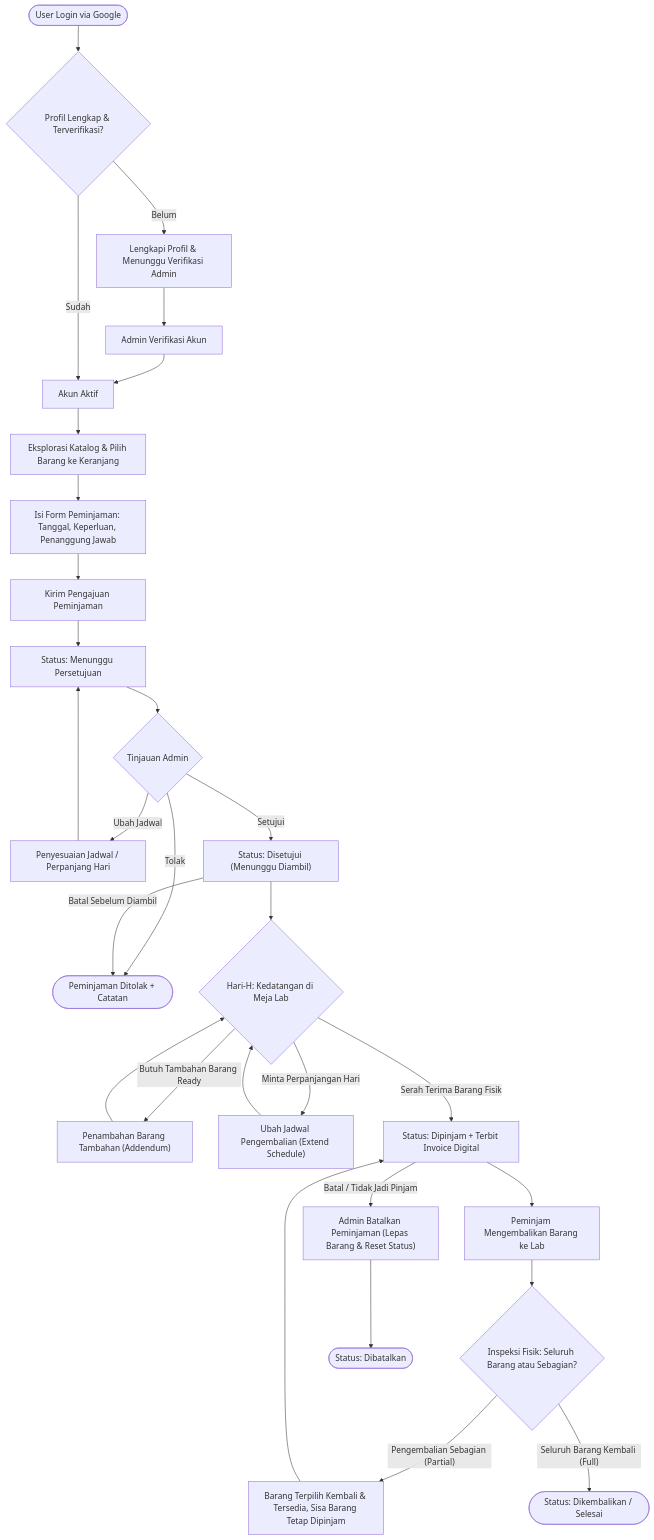
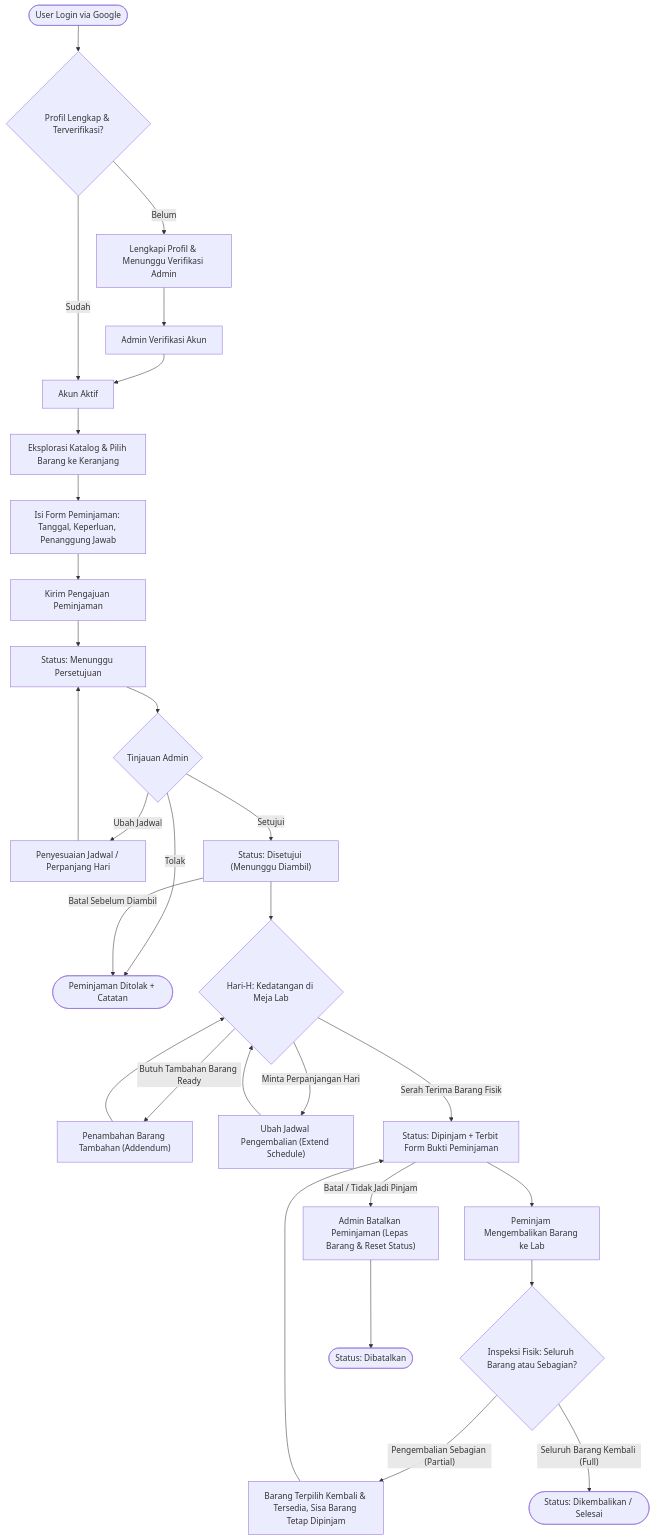
The diagram in README.md (luthafiyyan/PinjamIn), drawn with Mermaid before and after one commit. The commit also changed other lines of this file, not shown here.

Commit message:
docs: perbarui dokumentasi README dengan terminologi form bukti peminjaman dan nomor peminjaman

````diff
--- a/README.md
+++ b/README.md
@@ -113,36 +113,36 @@
 ```mermaid
 flowchart TD
     A([User Login via Google]) --> B{Profil Lengkap & Terverifikasi?}
     B -- Belum --> C["Lengkapi Profil & Menunggu Verifikasi Admin"]
     C --> D[Admin Verifikasi Akun]
     D --> E[Akun Aktif]
     B -- Sudah --> E
 
     E --> F["Eksplorasi Katalog & Pilih Barang ke Keranjang"]
     F --> G["Isi Form Peminjaman: Tanggal, Keperluan, Penanggung Jawab"]
     G --> H[Kirim Pengajuan Peminjaman]
     
     H --> I["Status: Menunggu Persetujuan"]
     I --> J{Tinjauan Admin}
     J -- Tolak --> K(["Peminjaman Ditolak + Catatan"])
     J -- Ubah Jadwal --> AdjPending["Penyesuaian Jadwal / Perpanjang Hari"]
     AdjPending --> I
     J -- Setujui --> L["Status: Disetujui (Menunggu Diambil)"]
 
     L --> M{"Hari-H: Kedatangan di Meja Lab"}
     M -- Butuh Tambahan Barang Ready --> Add["Penambahan Barang Tambahan (Addendum)"]
     M -- Minta Perpanjangan Hari --> Ext["Ubah Jadwal Pengembalian (Extend Schedule)"]
     Add --> M
     Ext --> M
-    M -- Serah Terima Barang Fisik --> N["Status: Dipinjam + Terbit Invoice Digital"]
+    M -- Serah Terima Barang Fisik --> N["Status: Dipinjam + Terbit Form Bukti Peminjaman"]
     L -- Batal Sebelum Diambil --> K
     
     N --> O["Peminjam Mengembalikan Barang ke Lab"]
     O --> P{"Inspeksi Fisik: Seluruh Barang atau Sebagian?"}
     P -- Pengembalian Sebagian (Partial) --> P1["Barang Terpilih Kembali & Tersedia, Sisa Barang Tetap Dipinjam"]
     P1 --> N
     P -- Seluruh Barang Kembali (Full) --> Q(["Status: Dikembalikan / Selesai"])
 
     N -- Batal / Tidak Jadi Pinjam --> R["Admin Batalkan Peminjaman (Lepas Barang & Reset Status)"]
     R --> S(["Status: Dibatalkan"])
 ```
````
